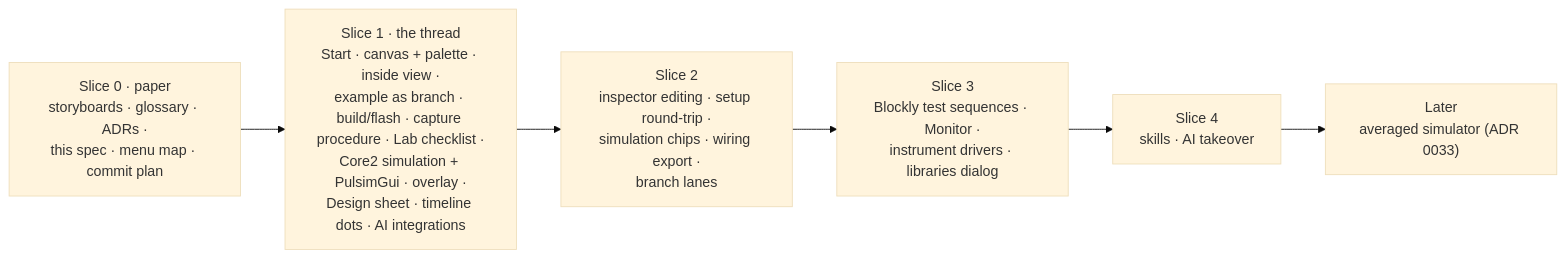
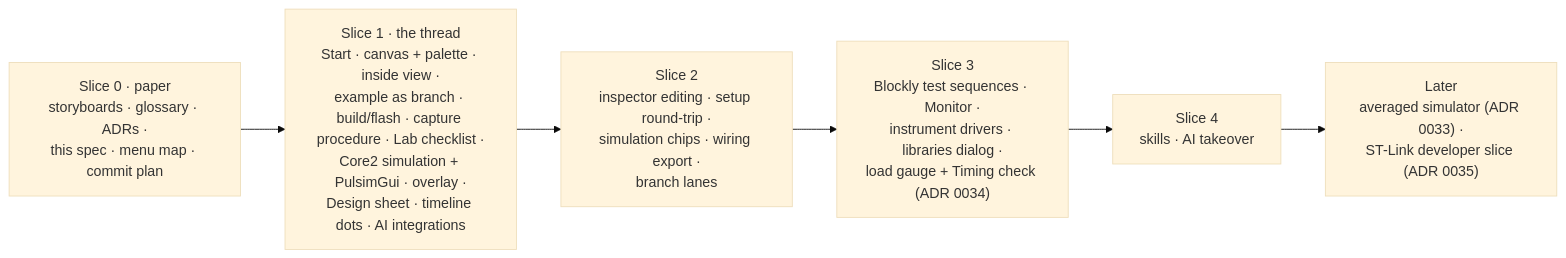
One commit to luizvilla/Theia changed the second of 2 diagrams in SPEC.md. Above: the diagram before and after it, drawn with Mermaid (base theme). The commit also changed other lines of this file and 5 other files, not shown here.

First line of the commit message:
docs: timing on the Spin, load gauge and Timing check for slice 3

````diff
--- a/SPEC.md
+++ b/SPEC.md
@@ -288,10 +294,10 @@
 ```mermaid
 flowchart LR
   S0["Slice 0 · paper<br/>storyboards · glossary · ADRs ·<br/>this spec · menu map · commit plan"]
   S1["Slice 1 · the thread<br/>Start · canvas + palette · inside view ·<br/>example as branch · build/flash · capture procedure · Lab checklist ·<br/>Core2 simulation + PulsimGui · overlay ·<br/>Design sheet · timeline dots · AI integrations"]
   S2["Slice 2<br/>inspector editing · setup round-trip ·<br/>simulation chips · wiring export ·<br/>branch lanes"]
-  S3["Slice 3<br/>Blockly test sequences · Monitor ·<br/>instrument drivers · libraries dialog"]
+  S3["Slice 3<br/>Blockly test sequences · Monitor ·<br/>instrument drivers · libraries dialog ·<br/>load gauge + Timing check (ADR 0034)"]
   S4["Slice 4<br/>skills · AI takeover"]
-  L["Later<br/>averaged simulator (ADR 0033)"]
+  L["Later<br/>averaged simulator (ADR 0033) ·<br/>ST-Link developer slice (ADR 0035)"]
   S0 --> S1 --> S2 --> S3 --> S4 --> L
 ```
````
